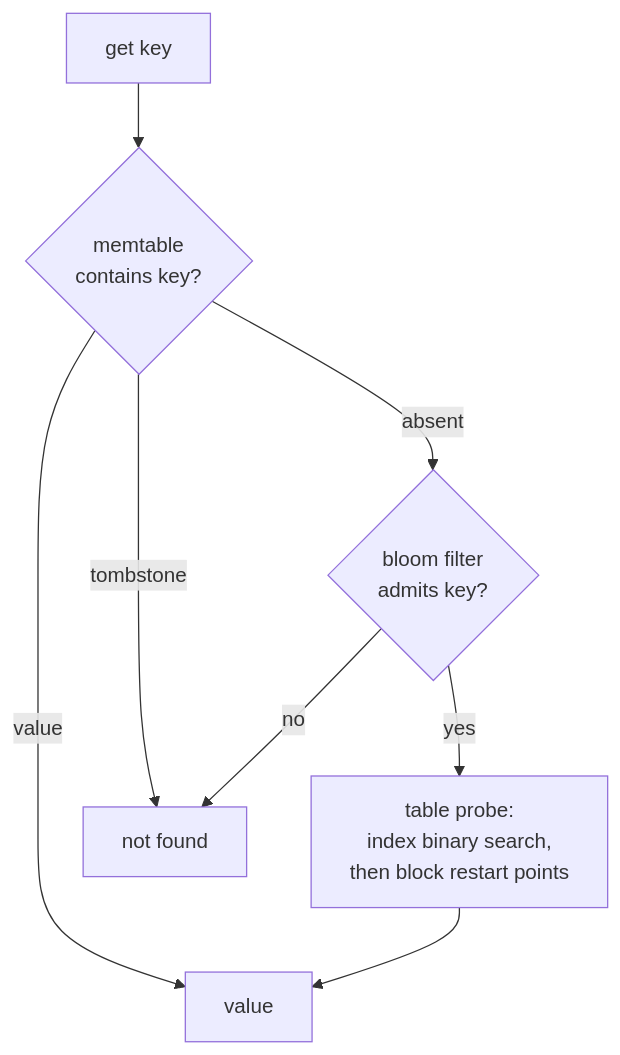
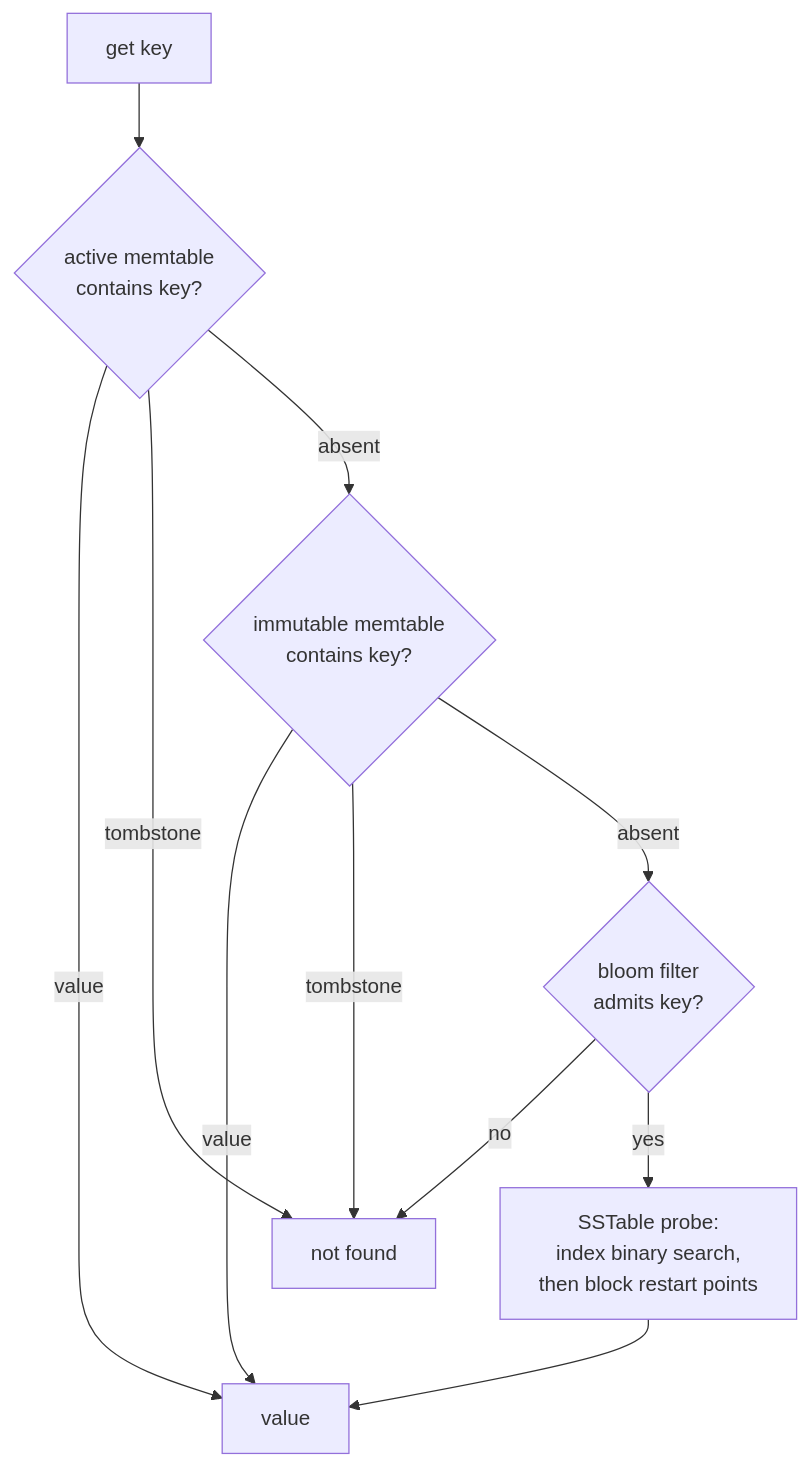
The second of 2 diagrams in README.md (aetosdios27/kiban), drawn with Mermaid before and after one commit. The commit also changed other lines of this file, not shown here.

Commit message:
Correct README read-path status

````diff
--- a/README.md
+++ b/README.md
@@ -67,9 +66,12 @@
 ```mermaid
 flowchart TD
-    Q[get key] --> M{memtable<br/>contains key?}
-    M -- "value" --> R[value]
-    M -- "tombstone" --> R0[not found]
-    M -- "absent" --> B{"bloom filter<br/>admits key?"}
+    Q[get key] --> A{active memtable<br/>contains key?}
+    A -- "value" --> R[value]
+    A -- "tombstone" --> R0[not found]
+    A -- "absent" --> I{immutable memtable<br/>contains key?}
+    I -- "value" --> R
+    I -- "tombstone" --> R0
+    I -- "absent" --> B{"bloom filter<br/>admits key?"}
     B -- "no" --> R0
-    B -- "yes" --> T[table probe:<br/>index binary search,<br/>then block restart points] --> R
+    B -- "yes" --> T[SSTable probe:<br/>index binary search,<br/>then block restart points] --> R
 ```
````
